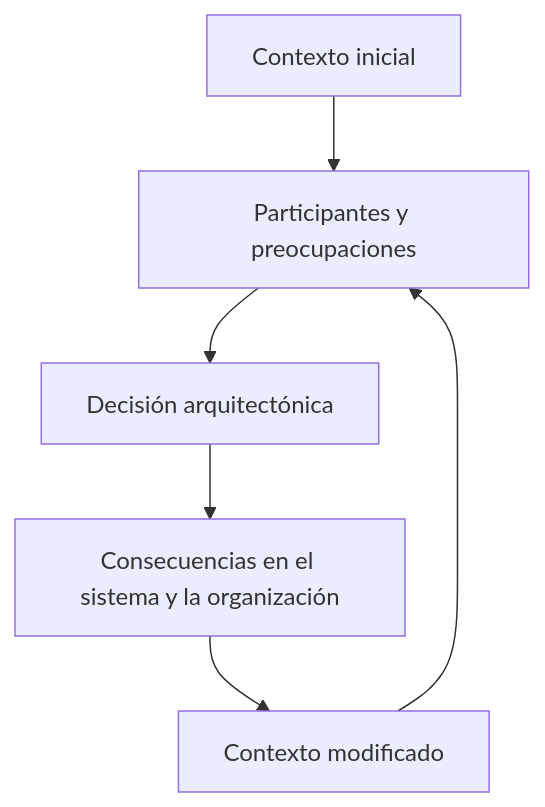
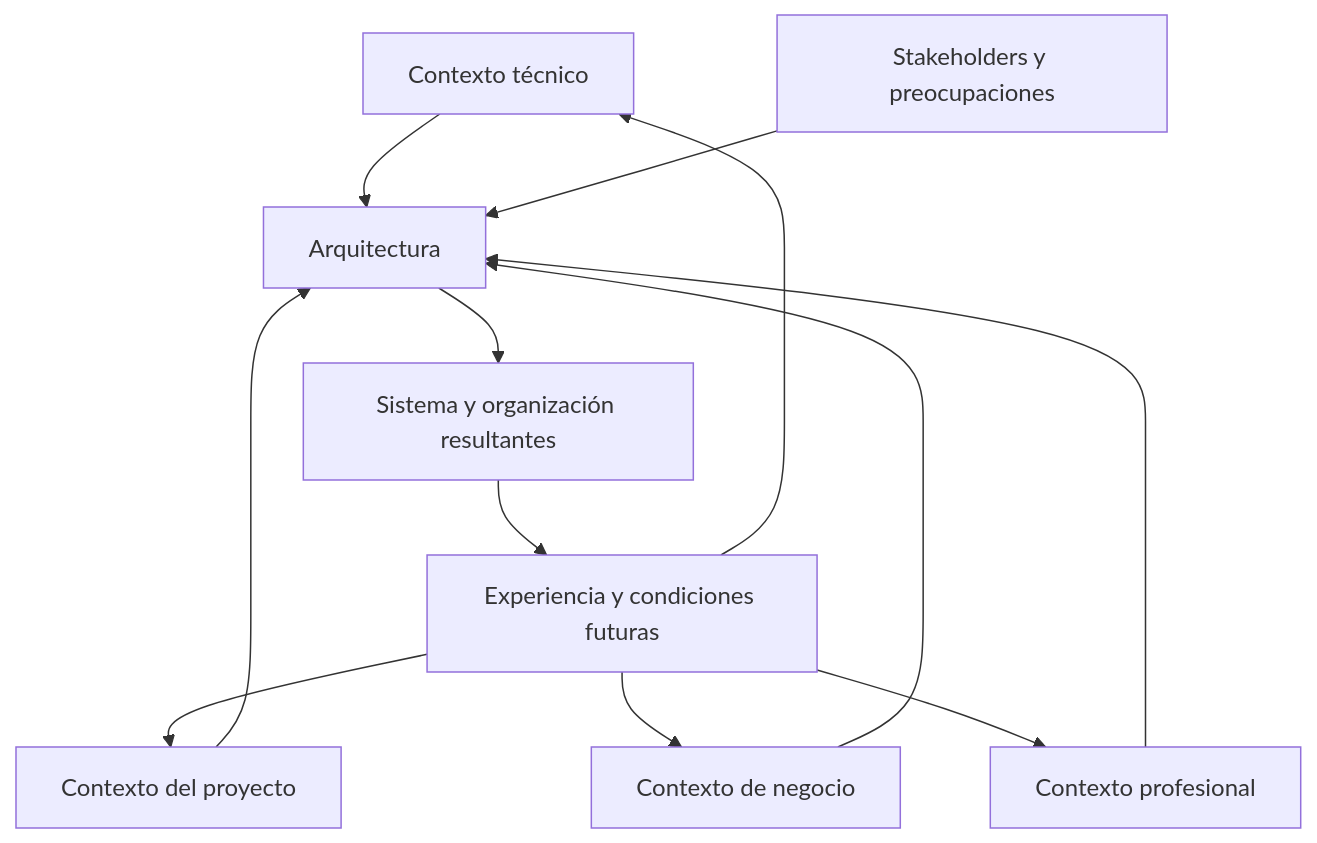
One commit to acuscorp/SoftwareArchitecture changed the diagram in Classes/M01 - Pensamiento arquitectónico y fundamentos/CL01.04.01 - Contexto y participantes.md. Above: the diagram before and after it, drawn with Mermaid. The commit also changed other lines of this file, not shown here.

````diff
--- a/Classes/M01 - Pensamiento arquitectónico y fundamentos/CL01.04.01 - Contexto y participantes.md
+++ b/Classes/M01 - Pensamiento arquitectónico y fundamentos/CL01.04.01 - Contexto y participantes.md
@@ -163,8 +240,14 @@
 ```mermaid
 flowchart TD
-    A[Contexto inicial] --> B[Participantes y preocupaciones]
-    B --> C[Decisión arquitectónica]
-    C --> D[Consecuencias en el sistema y la organización]
-    D --> E[Contexto modificado]
-    E --> B
+    A[Contexto técnico] --> E[Arquitectura]
+    B[Contexto del proyecto] --> E
+    C[Contexto de negocio] --> E
+    D[Contexto profesional] --> E
+    F[Stakeholders y preocupaciones] --> E
+    E --> G[Sistema y organización resultantes]
+    G --> H[Experiencia y condiciones futuras]
+    H --> A
+    H --> B
+    H --> C
+    H --> D
 ```
````
